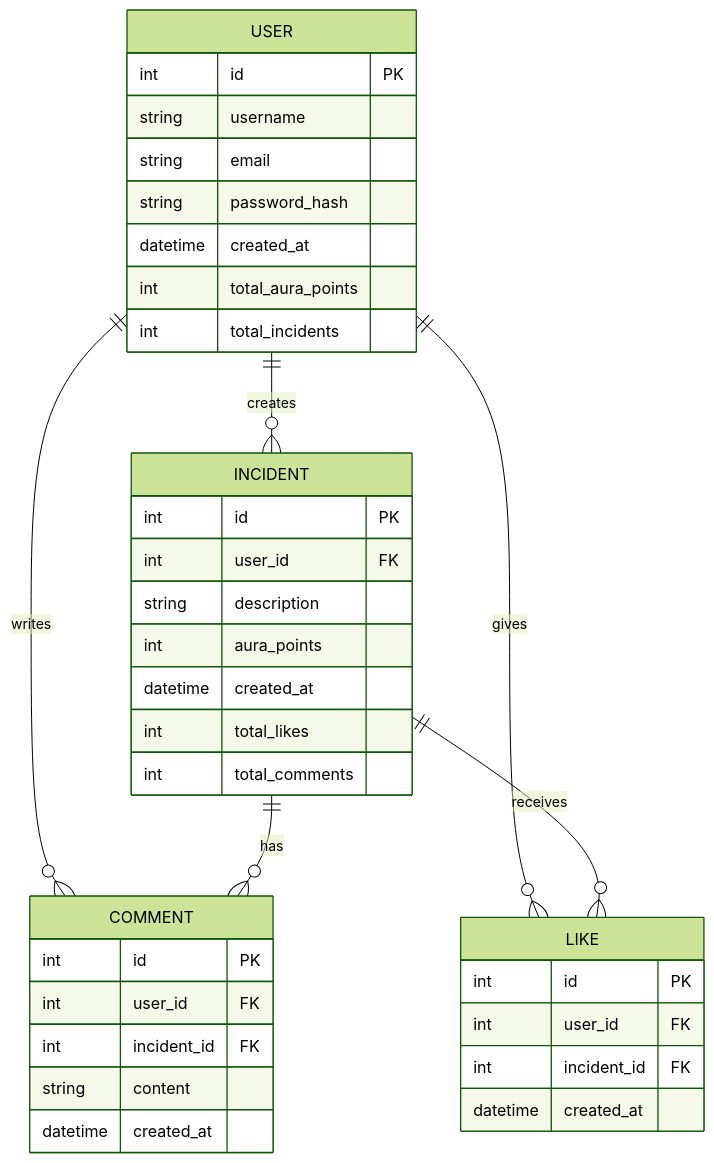
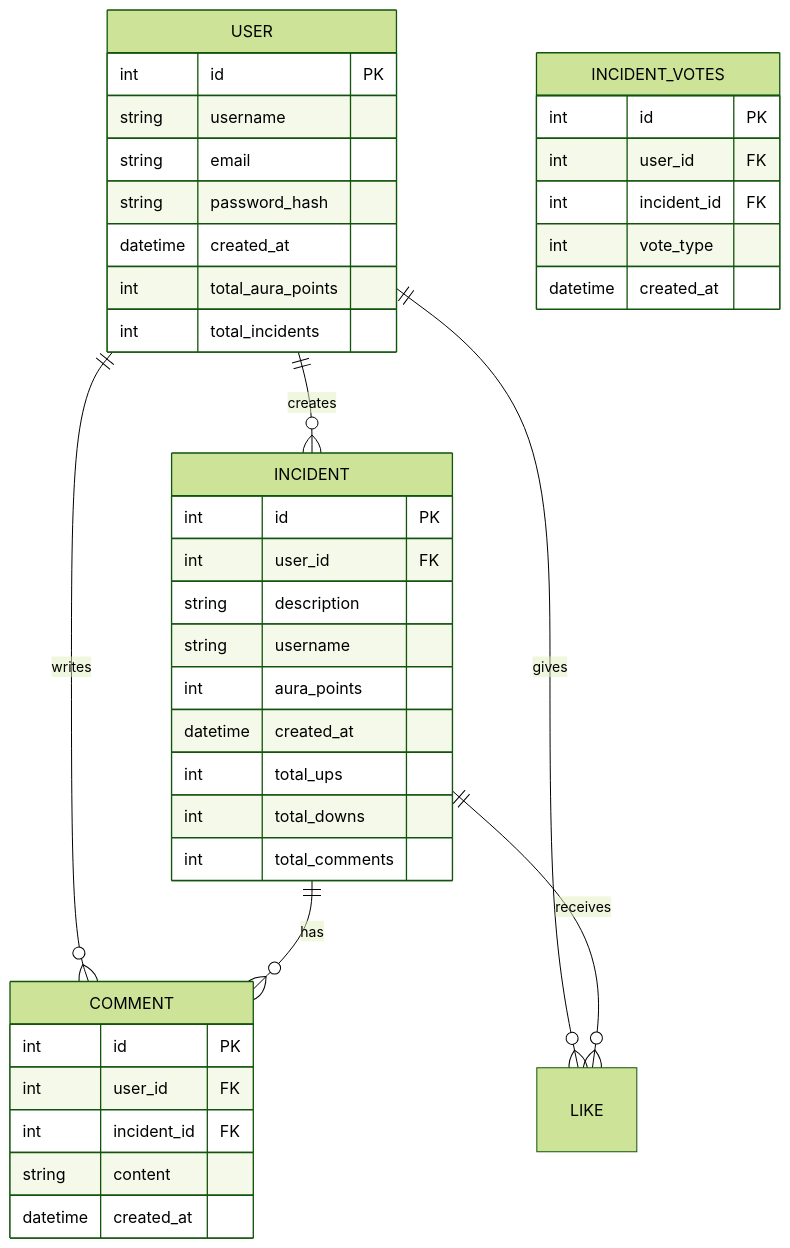
One commit to DebmalyaSen34/aura-io changed the diagram in README.md. Above: the diagram before and after it, drawn with Mermaid (forest theme). The commit also changed 4 other files, not shown here.

````diff
--- a/README.md
+++ b/README.md
@@ -8,39 +8,42 @@
 ```mermaid
 erDiagram
     USER {
         int id PK
         string username
         string email
         string password_hash
         datetime created_at
         int total_aura_points
         int total_incidents
     }
     INCIDENT {
         int id PK
         int user_id FK
         string description
+        string username
         int aura_points
         datetime created_at
-        int total_likes
+        int total_ups
+        int total_downs
         int total_comments
     }
     COMMENT {
         int id PK
         int user_id FK
         int incident_id FK
         string content
         datetime created_at
     }
-    LIKE {
+    INCIDENT_VOTES {
         int id PK
         int user_id FK
         int incident_id FK
+        int vote_type
         datetime created_at
     }
     USER ||--o{ INCIDENT : "creates"
     USER ||--o{ COMMENT : "writes"
     USER ||--o{ LIKE : "gives"
     INCIDENT ||--o{ COMMENT : "has"
     INCIDENT ||--o{ LIKE : "receives"
 ```
````
